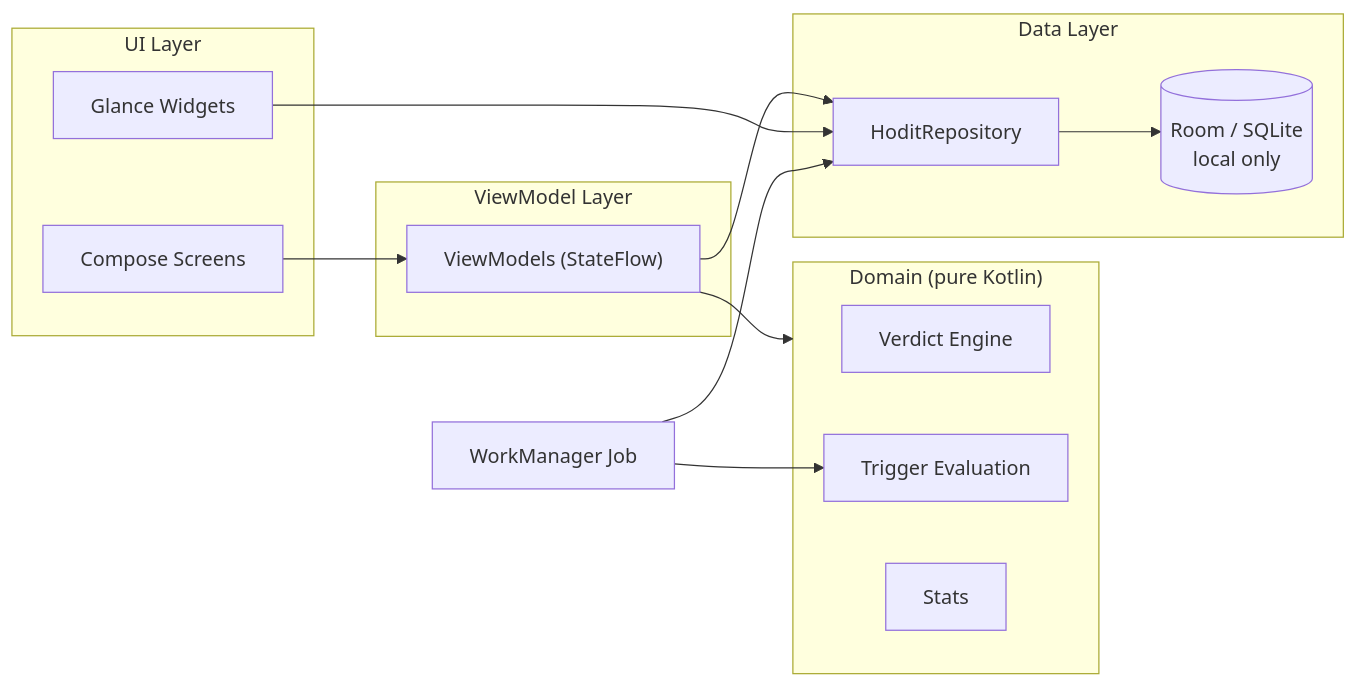
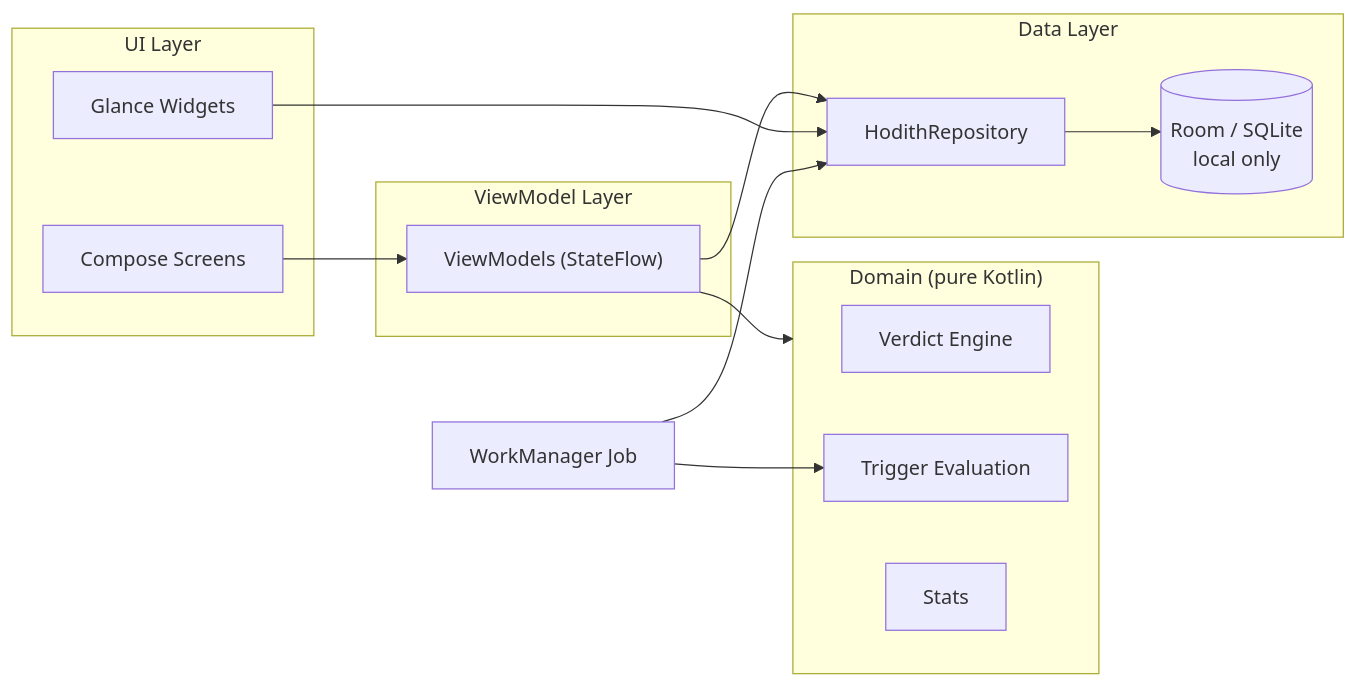
Before and after one commit to mikamartin/HODITH: the diagram in README.md, drawn with Mermaid. The commit also changed other lines of this file and 87 other files, not shown here.

Commit message:
refactor: rename HODIT to HODITH throughout

````diff
--- a/README.md
+++ b/README.md
@@ -56,26 +56,26 @@
 ```mermaid
 graph LR
     subgraph ui["UI Layer"]
         Screens["Compose Screens"]
         Widgets["Glance Widgets"]
     end
     subgraph vm["ViewModel Layer"]
         ViewModels["ViewModels (StateFlow)"]
     end
     subgraph domain["Domain (pure Kotlin)"]
         Verdict["Verdict Engine"]
         Triggers["Trigger Evaluation"]
         Stats["Stats"]
     end
     subgraph data["Data Layer"]
-        Repo["HoditRepository"]
+        Repo["HodithRepository"]
         DB[("Room / SQLite<br/>local only")]
     end
     Work["WorkManager Job"]
     Screens --> ViewModels --> Repo
     ViewModels --> domain
     Widgets --> Repo
     Work --> Triggers
     Work --> Repo
     Repo --> DB
 ```
````
